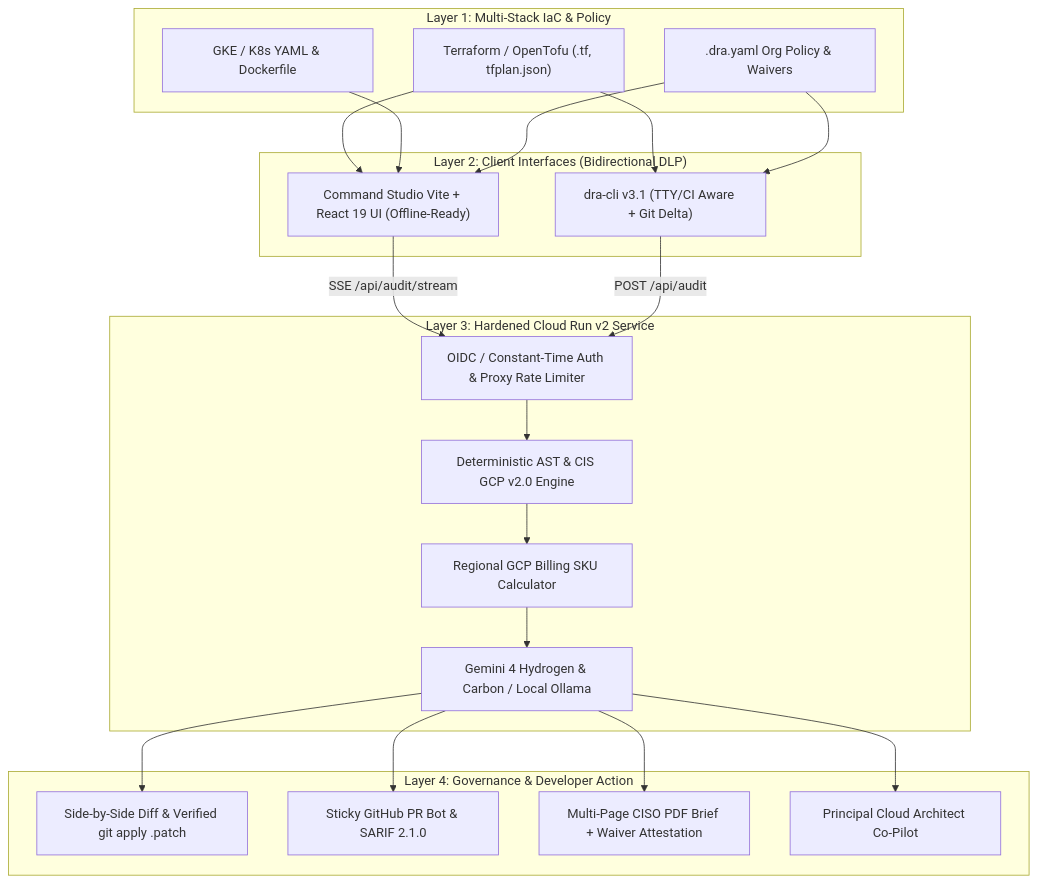
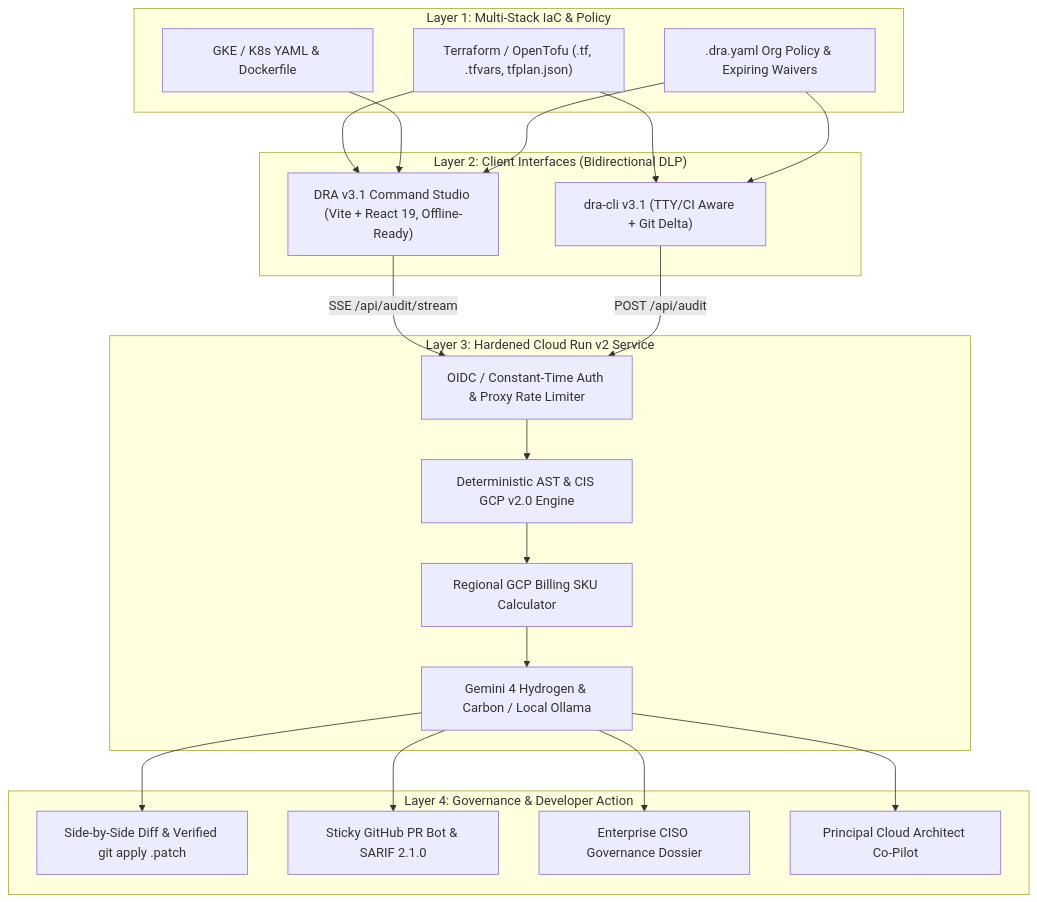
Before and after one commit to damian-sztankowski/Deployment-Readiness-Auditor: the diagram in README.md, drawn with Mermaid. The commit also changed other lines of this file, not shown here.

Commit message:
docs(readme): expand v3.1 Command Studio, Gemini 4 matrix, and .dra.yaml guide

````diff
--- a/README.md
+++ b/README.md
@@ -55,44 +88,44 @@
 ```mermaid
 flowchart TD
     subgraph Inputs["Layer 1: Multi-Stack IaC & Policy"]
-        TF["Terraform / OpenTofu (.tf, tfplan.json)"]
+        TF["Terraform / OpenTofu (.tf, .tfvars, tfplan.json)"]
         K8S["GKE / K8s YAML & Dockerfile"]
-        POL[".dra.yaml Org Policy & Waivers"]
+        POL[".dra.yaml Org Policy & Expiring Waivers"]
     end
 
     subgraph Clients["Layer 2: Client Interfaces (Bidirectional DLP)"]
-        WEB["Command Studio Vite + React 19 UI (Offline-Ready)"]
+        WEB["DRA v3.1 Command Studio (Vite + React 19, Offline-Ready)"]
         CLI["dra-cli v3.1 (TTY/CI Aware + Git Delta)"]
     end
 
     subgraph Backend["Layer 3: Hardened Cloud Run v2 Service"]
         SEC["OIDC / Constant-Time Auth & Proxy Rate Limiter"]
         AST["Deterministic AST & CIS GCP v2.0 Engine"]
         FIN["Regional GCP Billing SKU Calculator"]
         AI["Gemini 4 Hydrogen & Carbon / Local Ollama"]
     end
 
     subgraph Outputs["Layer 4: Governance & Developer Action"]
         DIFF["Side-by-Side Diff & Verified git apply .patch"]
         PR["Sticky GitHub PR Bot & SARIF 2.1.0"]
-        PDF["Multi-Page CISO PDF Brief + Waiver Attestation"]
+        PDF["Enterprise CISO Governance Dossier"]
         CHAT["Principal Cloud Architect Co-Pilot"]
     end
 
     TF --> WEB
     K8S --> WEB
     POL --> WEB
     TF --> CLI
     POL --> CLI
 
     WEB -->|SSE /api/audit/stream| SEC
     CLI -->|POST /api/audit| SEC
     SEC --> AST
     AST --> FIN
     FIN --> AI
 
     AI --> DIFF
     AI --> PR
     AI --> PDF
     AI --> CHAT
 ```
````
